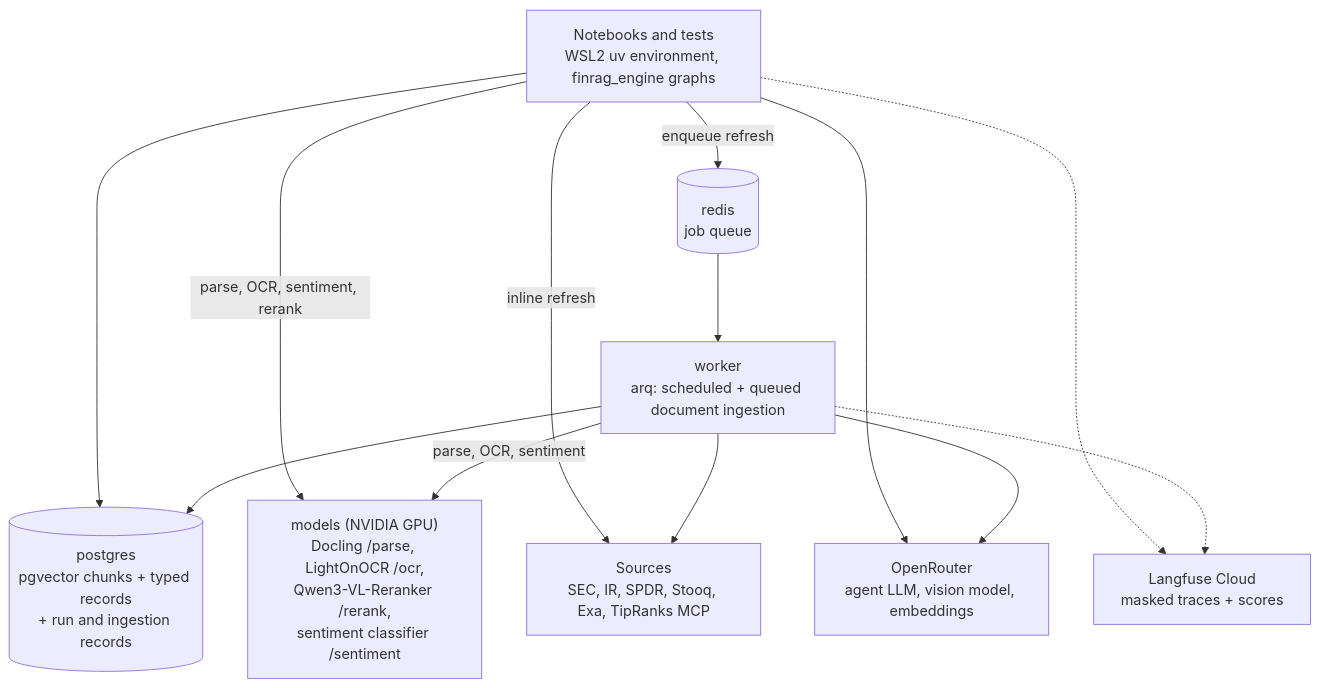
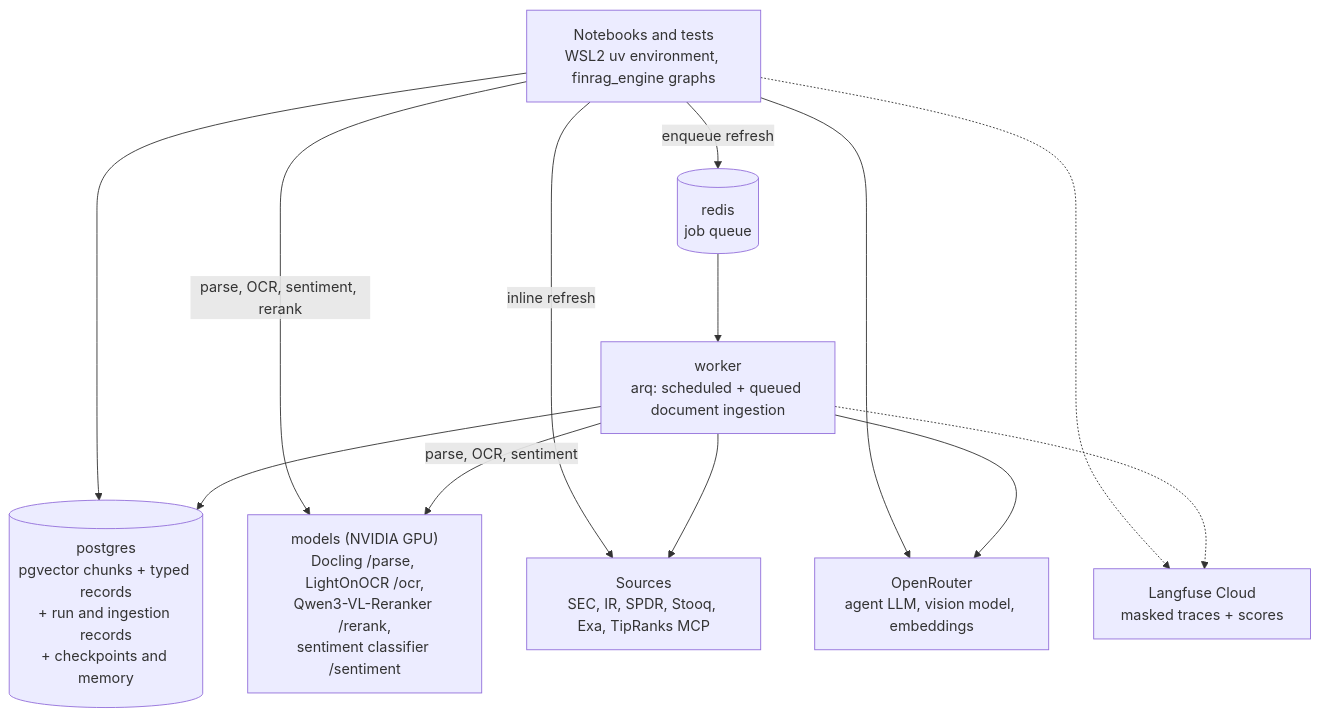
One commit to chazyman/financial-agent-capstone changed the second of 2 diagrams in docs/DESIGN.md. Above: the diagram before and after it, drawn with Mermaid. The commit also changed other lines of this file and 5 other files, not shown here.

````diff
--- a/docs/DESIGN.md
+++ b/docs/DESIGN.md
@@ -589,23 +624,23 @@
 ```mermaid
 flowchart TB
     NB["Notebooks and tests<br/>WSL2 uv environment, finrag_engine graphs"]
     RQ[("redis<br/>job queue")]
     W["worker<br/>arq: scheduled + queued document ingestion"]
     M["models (NVIDIA GPU)<br/>Docling /parse, LightOnOCR /ocr,<br/>Qwen3-VL-Reranker /rerank,<br/>sentiment classifier /sentiment"]
-    PG[("postgres<br/>pgvector chunks + typed records<br/>+ run and ingestion records")]
+    PG[("postgres<br/>pgvector chunks + typed records<br/>+ run and ingestion records<br/>+ checkpoints and memory")]
     OR["OpenRouter<br/>agent LLM, vision model, embeddings"]
     EXT["Sources<br/>SEC, IR, SPDR, Stooq, Exa, TipRanks MCP"]
     LF["Langfuse Cloud<br/>masked traces + scores"]
 
     NB -->|enqueue refresh| RQ --> W
     NB --> PG
     W --> PG
     NB -->|parse, OCR, sentiment, rerank| M
     NB -->|inline refresh| EXT
     W -->|parse, OCR, sentiment| M
     W --> EXT
     NB --> OR
     W --> OR
     NB -.-> LF
     W -.-> LF
 ```
````
